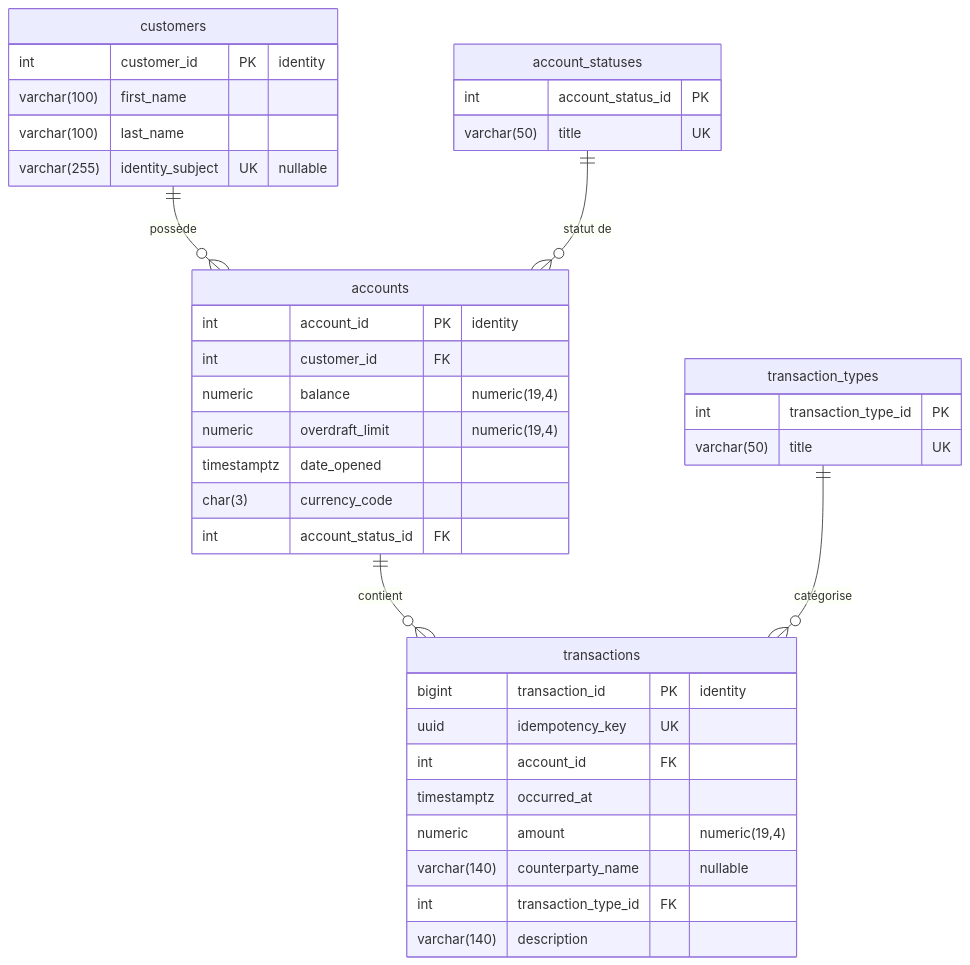
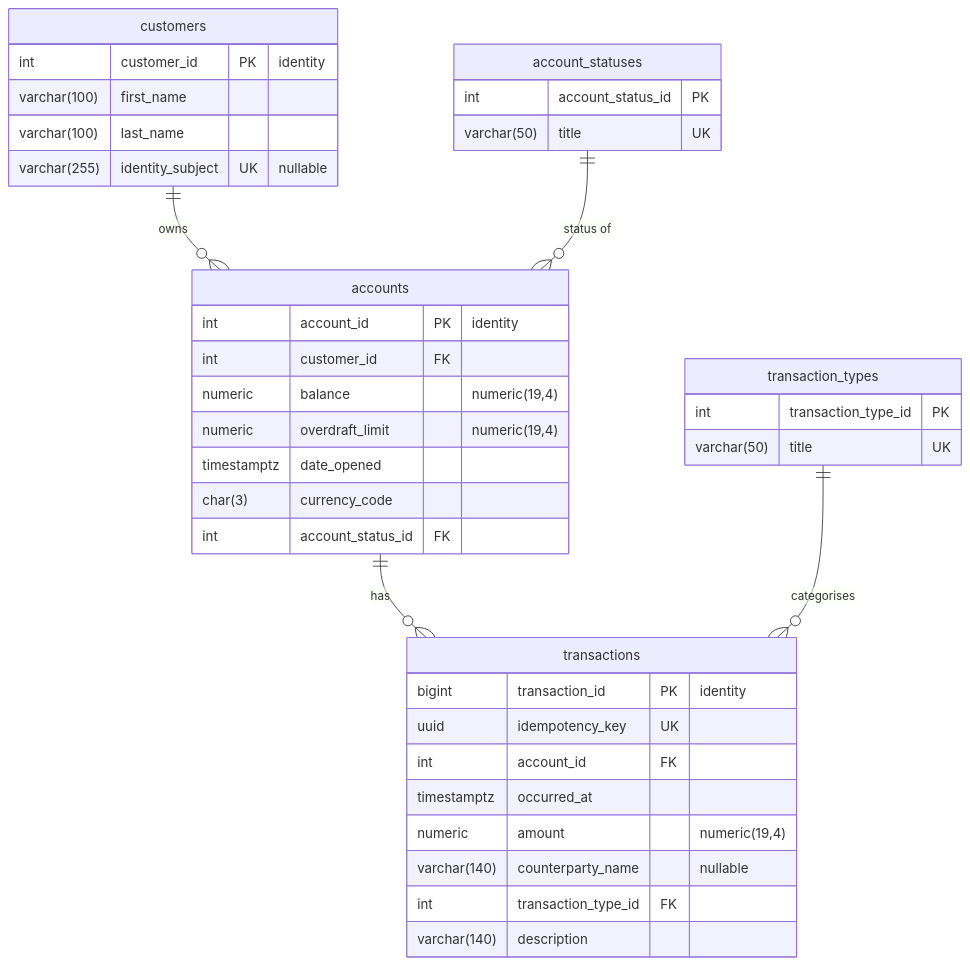
Before and after one commit to ElisesHub/accounts-system: the second of 2 diagrams in README.fr.md, drawn with Mermaid. The commit also changed other lines of this file and 7 other files, not shown here.

````diff
--- a/README.fr.md
+++ b/README.fr.md
@@ -126,45 +154,45 @@
 ```mermaid
 erDiagram
-    customers ||--o{ accounts : possède
-    account_statuses ||--o{ accounts : "statut de"
-    accounts ||--o{ transactions : contient
-    transaction_types ||--o{ transactions : catégorise
+    customers ||--o{ accounts : owns
+    account_statuses ||--o{ accounts : "status of"
+    accounts ||--o{ transactions : has
+    transaction_types ||--o{ transactions : categorises
 
     customers {
         int customer_id PK "identity"
         varchar(100) first_name
         varchar(100) last_name
         varchar(255) identity_subject UK "nullable"
     }
 
     accounts {
         int account_id PK "identity"
         int customer_id FK
         numeric balance "numeric(19,4)"
         numeric overdraft_limit "numeric(19,4)"
         timestamptz date_opened
         char(3) currency_code
         int account_status_id FK
     }
 
     account_statuses {
         int account_status_id PK
         varchar(50) title UK
     }
 
     transactions {
         bigint transaction_id PK "identity"
         uuid idempotency_key UK
         int account_id FK
         timestamptz occurred_at
         numeric amount "numeric(19,4)"
         varchar(140) counterparty_name "nullable"
         int transaction_type_id FK
         varchar(140) description
     }
 
     transaction_types {
         int transaction_type_id PK
         varchar(50) title UK
     }
 ```
````
